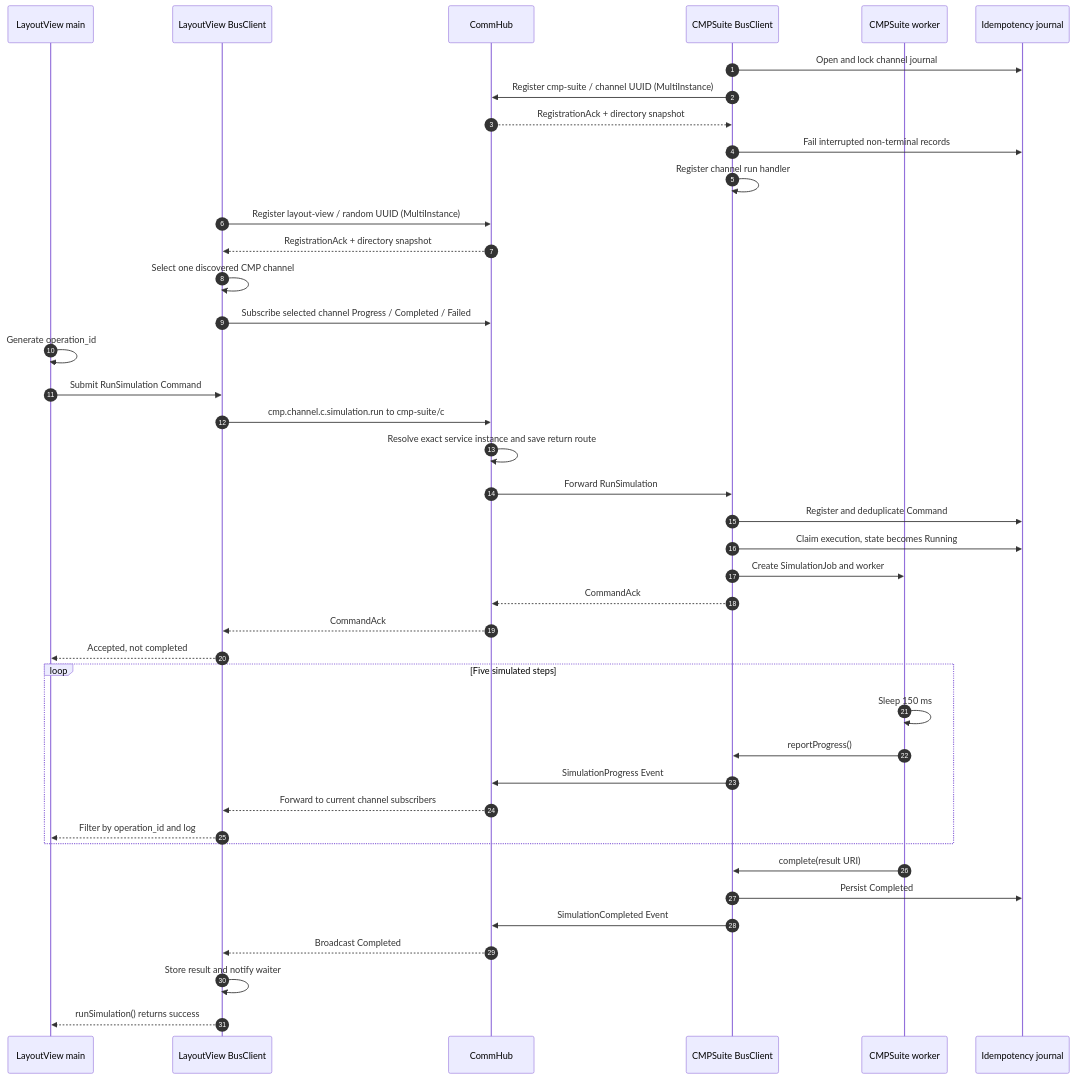
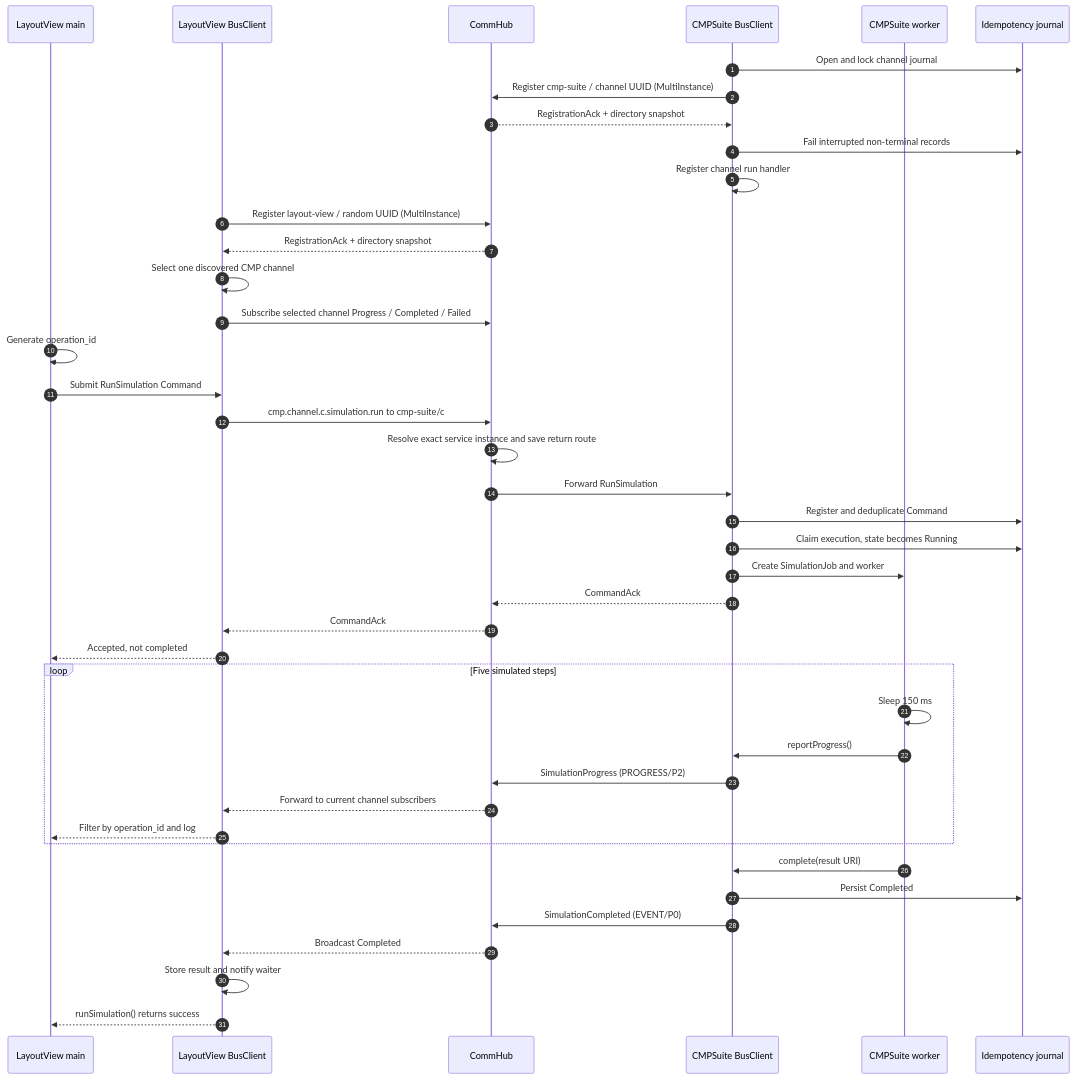
One commit to yucongxing/IndustrialBus changed the second of 5 diagrams in docs/simulated-communication.md. Above: the diagram before and after it, drawn with Mermaid. The commit also changed other lines of this file and 35 other files, not shown here.

````diff
--- a/docs/simulated-communication.md
+++ b/docs/simulated-communication.md
@@ -92,49 +92,49 @@
 ```mermaid
 sequenceDiagram
     autonumber
     participant LV as LayoutView main
     participant LVB as LayoutView BusClient
     participant HUB as CommHub
     participant CMPB as CMPSuite BusClient
     participant CMP as CMPSuite worker
     participant J as Idempotency journal
 
     CMPB->>J: Open and lock channel journal
     CMPB->>HUB: Register cmp-suite / channel UUID (MultiInstance)
     HUB-->>CMPB: RegistrationAck + directory snapshot
     CMPB->>J: Fail interrupted non-terminal records
     CMPB->>CMPB: Register channel run handler
 
     LVB->>HUB: Register layout-view / random UUID (MultiInstance)
     HUB-->>LVB: RegistrationAck + directory snapshot
     LVB->>LVB: Select one discovered CMP channel
     LVB->>HUB: Subscribe selected channel Progress / Completed / Failed
 
     LV->>LV: Generate operation_id
     LV->>LVB: Submit RunSimulation Command
     LVB->>HUB: cmp.channel.c.simulation.run to cmp-suite/c
     HUB->>HUB: Resolve exact service instance and save return route
     HUB->>CMPB: Forward RunSimulation
 
     CMPB->>J: Register and deduplicate Command
     CMPB->>J: Claim execution, state becomes Running
     CMPB->>CMP: Create SimulationJob and worker
     CMPB-->>HUB: CommandAck
     HUB-->>LVB: CommandAck
     LVB-->>LV: Accepted, not completed
 
     loop Five simulated steps
         CMP->>CMP: Sleep 150 ms
         CMP->>CMPB: reportProgress()
-        CMPB->>HUB: SimulationProgress Event
+        CMPB->>HUB: SimulationProgress (PROGRESS/P2)
         HUB-->>LVB: Forward to current channel subscribers
         LVB-->>LV: Filter by operation_id and log
     end
 
     CMP->>CMPB: complete(result URI)
     CMPB->>J: Persist Completed
-    CMPB->>HUB: SimulationCompleted Event
+    CMPB->>HUB: SimulationCompleted (EVENT/P0)
     HUB-->>LVB: Broadcast Completed
     LVB->>LVB: Store result and notify waiter
     LVB-->>LV: runSimulation() returns success
 ```
````
